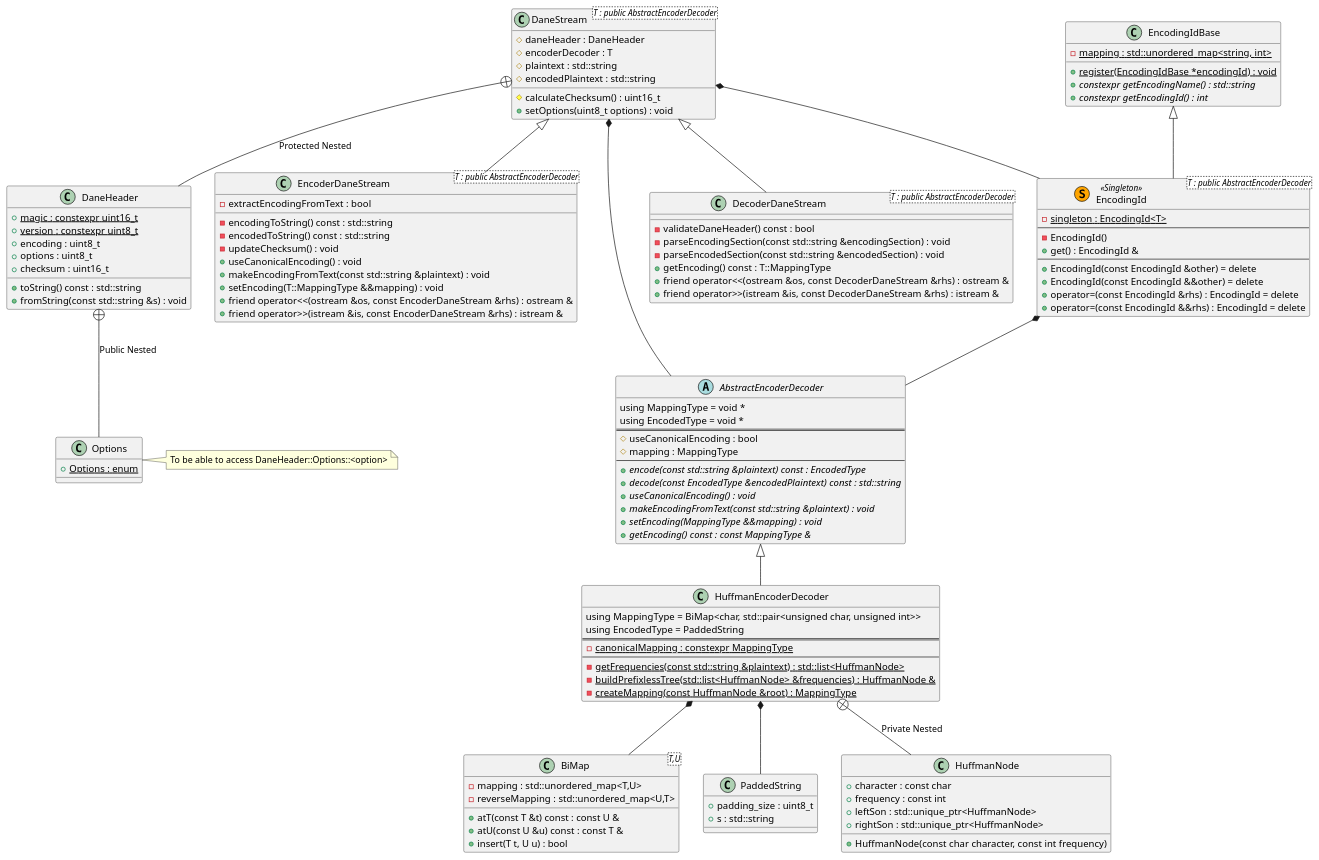
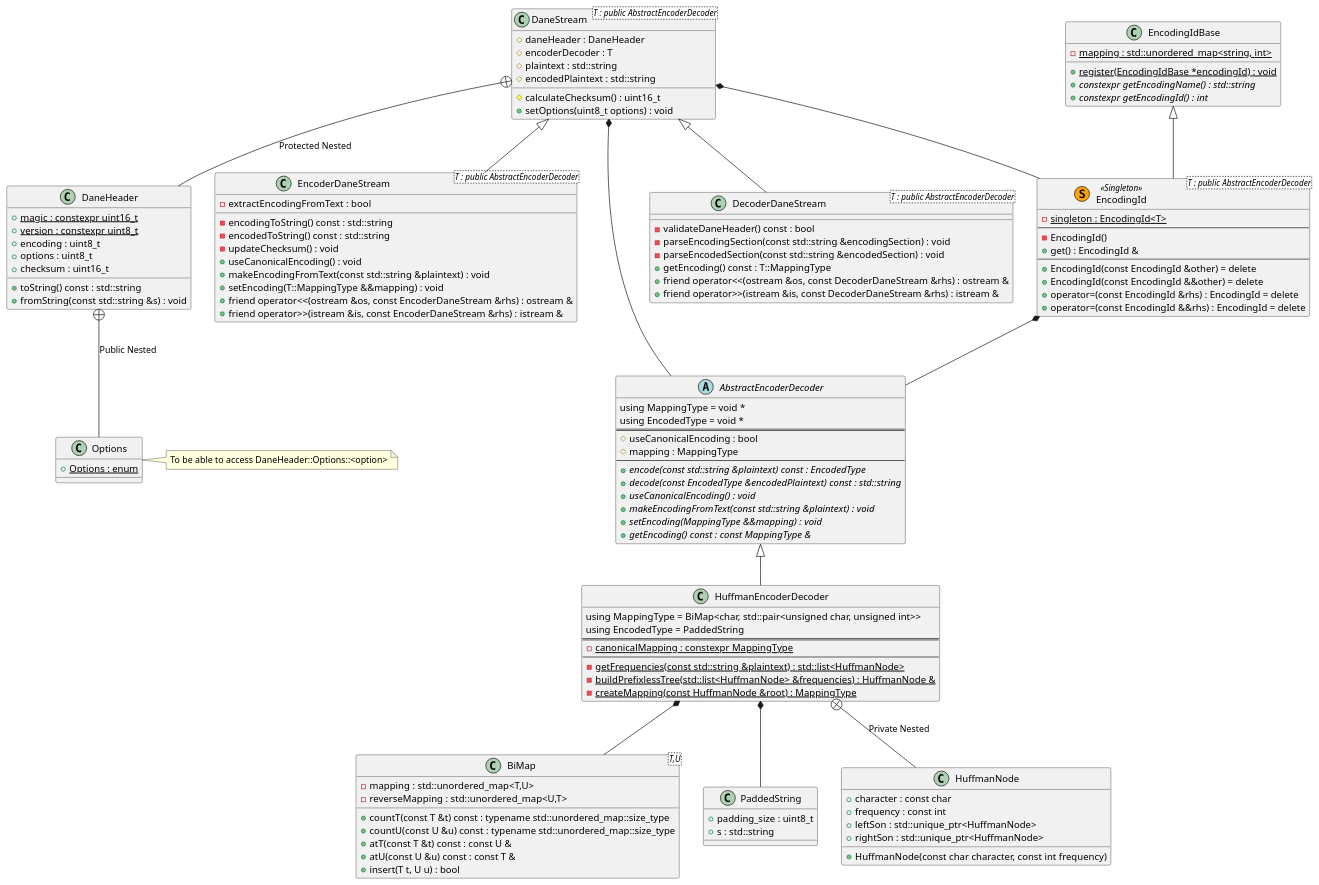
Before and after one commit to dan1994/cpp--dane: the diagram in docs/design.puml, drawn with PlantUML. The commit also changed 2 other files, not shown here.

Commit message:
Added countT and countU methods to BiMap

```diff
--- a/docs/design.puml
+++ b/docs/design.puml
@@ -1,125 +1,127 @@
 @startuml dane
 class BiMap<T,U> {
 	- {field}	mapping : std::unordered_map<T,U>
 	- {field}	reverseMapping : std::unordered_map<U,T>
+	+ {method}	countT(const T &t) const : typename std::unordered_map::size_type
+	+ {method}	countU(const U &u) const : typename std::unordered_map::size_type
 	+ {method}	atT(const T &t) const : const U &
 	+ {method}	atU(const U &u) const : const T &
 	+ {method}	insert(T t, U u) : bool
 }
 
 class PaddedString {
 	+ {field}	padding_size : uint8_t
 	+ {field}	s : std::string
 }
 
 abstract class AbstractEncoderDecoder {
 	using MappingType = void *
 	using EncodedType = void *
 	==
 	# {field}	useCanonicalEncoding : bool
 	# {field}	mapping : MappingType
 	--
 	+ {method}	{abstract} encode(const std::string &plaintext) const : EncodedType
 	+ {method}	{abstract} decode(const EncodedType &encodedPlaintext) const : std::string
 	+ {method}	{abstract} useCanonicalEncoding() : void
 	+ {method}	{abstract} makeEncodingFromText(const std::string &plaintext) : void
 	+ {method}	{abstract} setEncoding(MappingType &&mapping) : void
 	+ {method}	{abstract} getEncoding() const : const MappingType &
 }
 
 AbstractEncoderDecoder <|-- HuffmanEncoderDecoder
 HuffmanEncoderDecoder *-- BiMap
 HuffmanEncoderDecoder *-- PaddedString
 HuffmanEncoderDecoder +-- HuffmanNode : "Private Nested"
 class HuffmanEncoderDecoder {
 	using MappingType = BiMap<char, std::pair<unsigned char, unsigned int>>
 	using EncodedType = PaddedString
 	==
 	- {field}	{static} canonicalMapping : constexpr MappingType
 	--
 	- {method}	{static} getFrequencies(const std::string &plaintext) : std::list<HuffmanNode>
 	- {method}	{static} buildPrefixlessTree(std::list<HuffmanNode> &frequencies) : HuffmanNode &
 	- {method}	{static} createMapping(const HuffmanNode &root) : MappingType
 }
 
 class HuffmanNode {
 	+ {field}	character : const char
 	+ {field}	frequency : const int
 	+ {field}	leftSon : std::unique_ptr<HuffmanNode>
 	+ {field}	rightSon : std::unique_ptr<HuffmanNode>
 	+ {method}	HuffmanNode(const char character, const int frequency)
 }
 
 DaneStream +-- DaneHeader : Protected Nested
 class DaneHeader {
 	+ {field}	{static} magic : constexpr uint16_t
 	+ {field}	{static} version : constexpr uint8_t
 	+ {field}	encoding : uint8_t
 	+ {field}	options : uint8_t
 	+ {field}	checksum : uint16_t
 	+ {method}	toString() const : std::string
 	+ {method}	fromString(const std::string &s) : void
 }
 
 DaneHeader +-- Options : Public Nested
 note right of Options : To be able to access DaneHeader::Options::<option>
 class Options {
 	+ {field}	{static} Options : enum
 }
 
 DaneStream *-- AbstractEncoderDecoder
 DaneStream *-- EncodingId
 class DaneStream<T : public AbstractEncoderDecoder> {
 	# {field}	daneHeader : DaneHeader
 	# {field}	encoderDecoder : T
 	# {field}	plaintext : std::string
 	# {field}	encodedPlaintext : std::string
 	# {method}	calculateChecksum() : uint16_t
 	+ {method}	setOptions(uint8_t options) : void
 }
 
 DaneStream <|-- EncoderDaneStream
 class EncoderDaneStream<T : public AbstractEncoderDecoder> {
 	- {field}	extractEncodingFromText : bool
 	- {method}	encodingToString() const : std::string
 	- {method}	encodedToString() const : std::string
 	- {method}	updateChecksum() : void
 	+ {method}	useCanonicalEncoding() : void
 	+ {method}	makeEncodingFromText(const std::string &plaintext) : void
 	+ {method}	setEncoding(T::MappingType &&mapping) : void
 	+ {method}	friend operator<<(ostream &os, const EncoderDaneStream &rhs) : ostream &
 	+ {method}	friend operator>>(istream &is, const EncoderDaneStream &rhs) : istream &
 }
 
 DaneStream <|-- DecoderDaneStream
 class DecoderDaneStream<T : public AbstractEncoderDecoder> {
 	- {method}	validateDaneHeader() const : bool
 	- {method}	parseEncodingSection(const std::string &encodingSection) : void
 	- {method}	parseEncodedSection(const std::string &encodedSection) : void
 	+ {method}	getEncoding() const : T::MappingType
 	+ {method}	friend operator<<(ostream &os, const DecoderDaneStream &rhs) : ostream &
 	+ {method}	friend operator>>(istream &is, const DecoderDaneStream &rhs) : istream &
 }
 
 class EncodingIdBase {
 	- {field}	{static} mapping : std::unordered_map<string, int>
 	+ {method}	{static} register(EncodingIdBase *encodingId) : void
 	+ {method}	{abstract} constexpr getEncodingName() : std::string
 	+ {method}	{abstract} constexpr getEncodingId() : int
 }
 
 EncodingIdBase <|-- EncodingId
 EncodingId *-- AbstractEncoderDecoder
 class EncodingId<T : public AbstractEncoderDecoder> << (S,Orange) Singleton >> {
 	- {field}	{static} singleton : EncodingId<T>
 	--
 	- {method}	EncodingId()
 	+ {method}	get() : EncodingId &
 	--
 	+ {method}	EncodingId(const EncodingId &other) = delete
 	+ {method}	EncodingId(const EncodingId &&other) = delete
 	+ {method}	operator=(const EncodingId &rhs) : EncodingId = delete
 	+ {method}	operator=(const EncodingId &&rhs) : EncodingId = delete
 }
 
 @enduml
```
